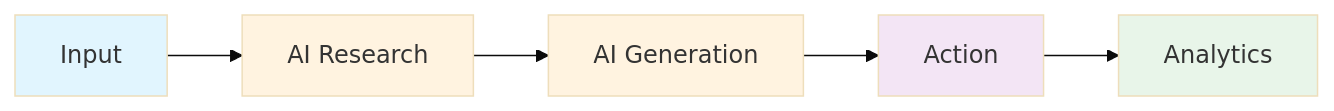
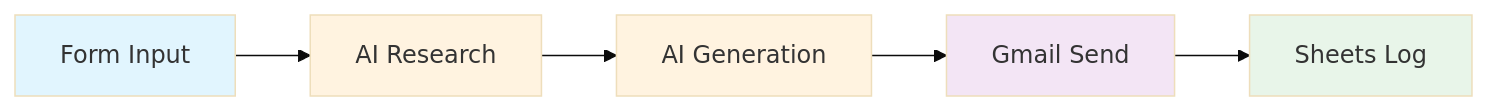
One commit to LouisChanCLY/automation-exercise changed the diagram in docs/exercises/02-cold-email-automation/index.md. Above: the diagram before and after it, drawn with Mermaid (base theme). The commit also changed other lines of this file and 3 other files, not shown here.

````diff
--- a/docs/exercises/02-cold-email-automation/index.md
+++ b/docs/exercises/02-cold-email-automation/index.md
@@ -37,13 +32,13 @@
 ```mermaid
 graph LR
-    A[Input] --> B[AI Research]
+    A[Form Input] --> B[AI Research]
     B --> C[AI Generation]
-    C --> D[Action]
-    D --> E[Analytics]
+    C --> D[Gmail Send]
+    D --> E[Sheets Log]
 
     style A fill:#e1f5fe
     style B fill:#fff3e0
     style C fill:#fff3e0
     style D fill:#f3e5f5
     style E fill:#e8f5e9
 ```
````
